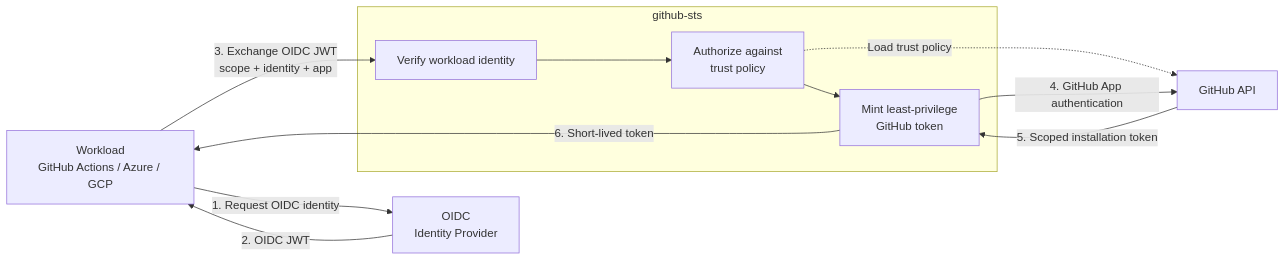
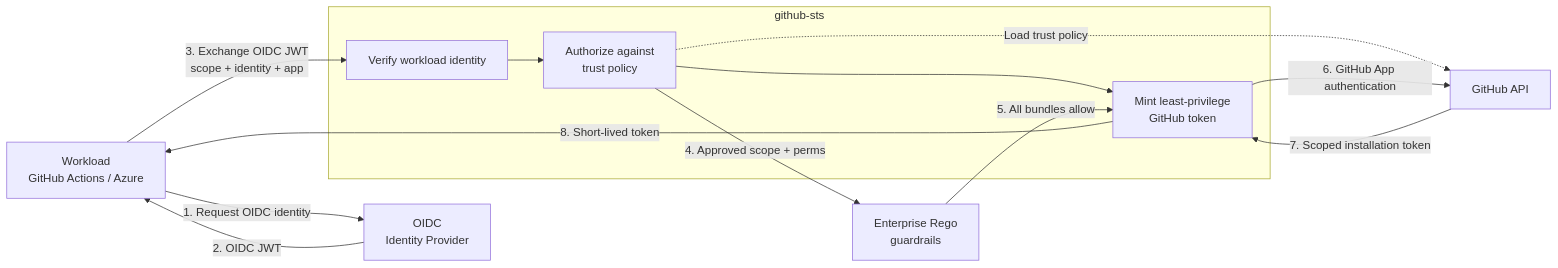
One commit to Depthmark/github-sts changed the diagram in README.md. Above: the diagram before and after it, drawn with Mermaid. The commit also changed other lines of this file and 89 other files, not shown here.

````diff
--- a/README.md
+++ b/README.md
@@ -54,22 +58,24 @@
 ```mermaid
 flowchart LR
-    W["Workload<br/>GitHub Actions / Azure / GCP"]
+    W["Workload<br/>GitHub Actions / Azure"]
     IDP["OIDC<br/>Identity Provider"]
 
     subgraph STS["github-sts"]
         V["Verify workload identity"]
         A["Authorize against<br/>trust policy"]
         M["Mint least-privilege<br/>GitHub token"]
         V --> A --> M
     end
 
     GH["GitHub API"]
 
     W -- "1. Request OIDC identity" --> IDP
     IDP -- "2. OIDC JWT" --> W
     W -- "3. Exchange OIDC JWT<br/>scope + identity + app" --> V
     A -. "Load trust policy" .-> GH
-    M -- "4. GitHub App authentication" --> GH
-    GH -- "5. Scoped installation token" --> M
-    M -- "6. Short-lived token" --> W
+    A -- "4. Approved scope + perms" --> H["Enterprise Rego<br/>guardrails"]
+    H -- "5. All bundles allow" --> M
+    M -- "6. GitHub App authentication" --> GH
+    GH -- "7. Scoped installation token" --> M
+    M -- "8. Short-lived token" --> W
 ```
````
